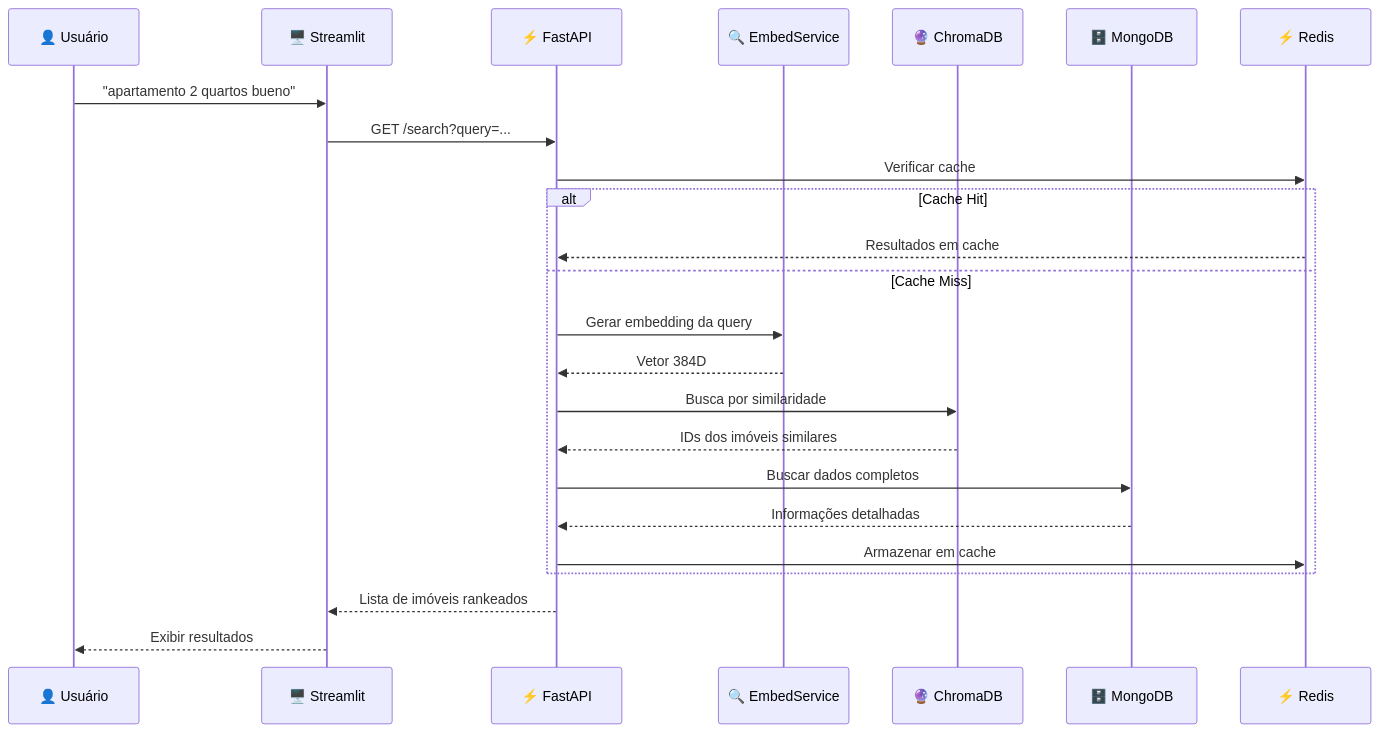
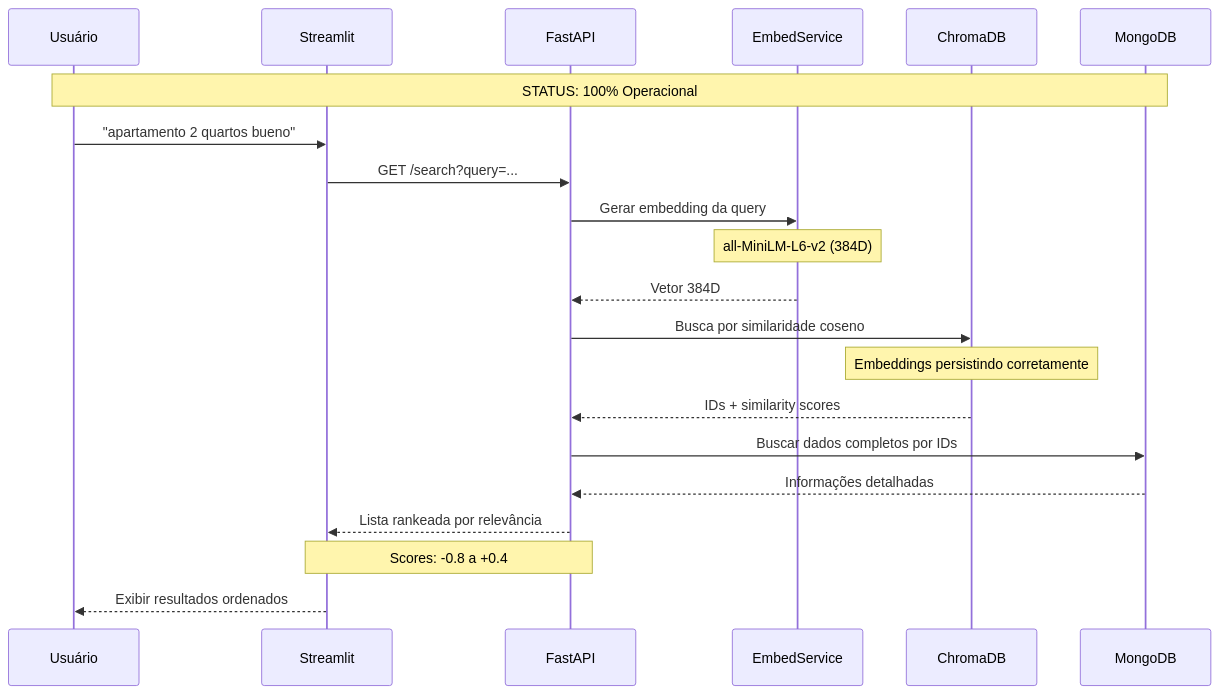
Before and after one commit to SPD-BES-2025-3/grupo1: the fifth of 10 diagrams in Diagramas/arquitetura.md, drawn with Mermaid. The commit also changed other lines of this file and 8 other files, not shown here.

````diff
--- a/Diagramas/arquitetura.md
+++ b/Diagramas/arquitetura.md
@@ -85,29 +210,26 @@
 ```mermaid
 sequenceDiagram
-    participant U as 👤 Usuário
-    participant ST as 🖥️ Streamlit
-    participant API as ⚡ FastAPI
-    participant ES as 🔍 EmbedService
-    participant CD as 🔮 ChromaDB
-    participant MD as 🗄️ MongoDB
-    participant RD as ⚡ Redis
+    participant U as Usuário
+    participant ST as Streamlit
+    participant API as FastAPI
+    participant ES as EmbedService
+    participant CD as ChromaDB
+    participant MD as MongoDB
     
+    Note over U,MD: STATUS: 100% Operacional
     U->>ST: "apartamento 2 quartos bueno"
     ST->>API: GET /search?query=...
     
-    API->>RD: Verificar cache
-    alt Cache Hit
-        RD-->>API: Resultados em cache
-    else Cache Miss
-        API->>ES: Gerar embedding da query
-        ES-->>API: Vetor 384D
-        API->>CD: Busca por similaridade
-        CD-->>API: IDs dos imóveis similares
-        API->>MD: Buscar dados completos
-        MD-->>API: Informações detalhadas
-        API->>RD: Armazenar em cache
-    end
+    API->>ES: Gerar embedding da query
+    Note over ES: all-MiniLM-L6-v2 (384D)
+    ES-->>API: Vetor 384D
+    API->>CD: Busca por similaridade coseno
+    Note over CD: Embeddings persistindo corretamente
+    CD-->>API: IDs + similarity scores
+    API->>MD: Buscar dados completos por IDs
+    MD-->>API: Informações detalhadas
     
-    API-->>ST: Lista de imóveis rankeados
-    ST-->>U: Exibir resultados
+    API-->>ST: Lista rankeada por relevância
+    Note over API,ST: Scores: -0.8 a +0.4
+    ST-->>U: Exibir resultados ordenados
 ```
````
